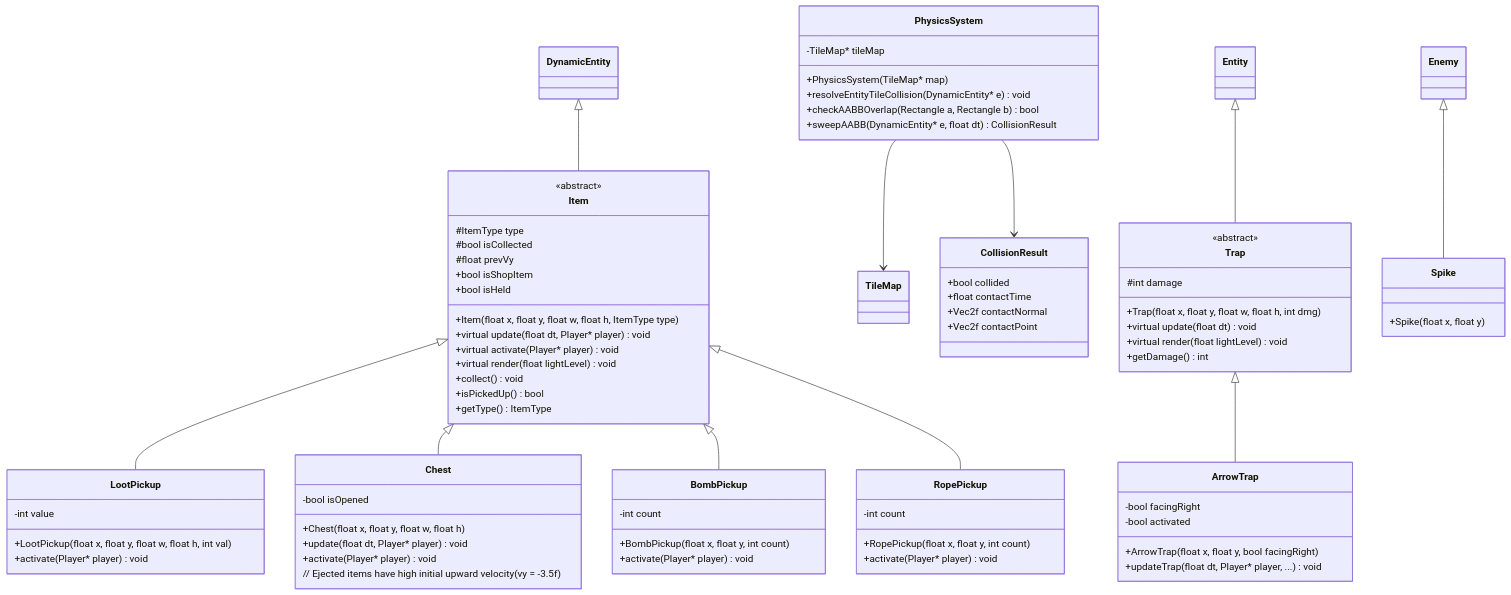
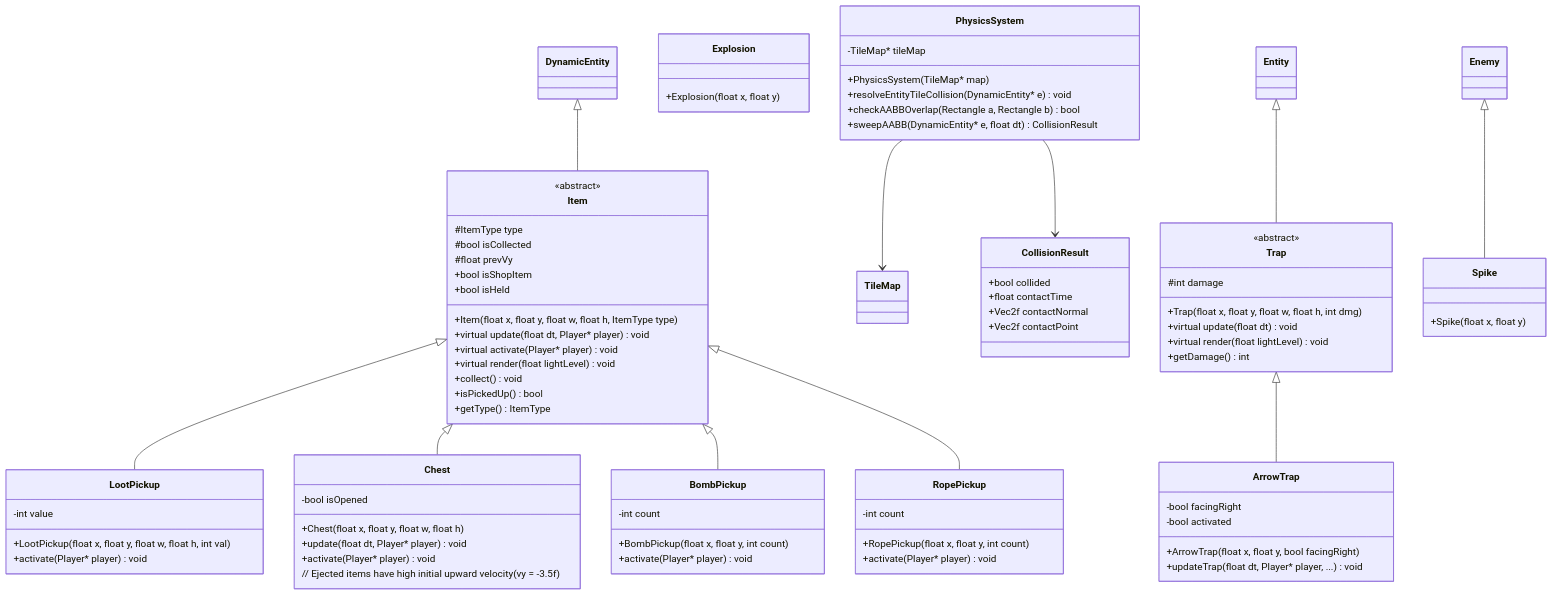
The seventh of 8 diagrams in project_plan.md (Gasmask-Chan/CS202-Cavern-Descent), drawn with Mermaid before and after one commit. The commit also changed other lines of this file and 10 other files, not shown here.

Commit message:
feat: add Color lighting Architecture; add bonb explosion spritesheet and player camera shake

```diff
--- a/project_plan.md
+++ b/project_plan.md
@@ -1183,6 +1196,10 @@
         +getDamage() int
     }
 
+    class Explosion {
+        +Explosion(float x, float y)
+    }
+
     class Spike {
         +Spike(float x, float y)
     }
```
